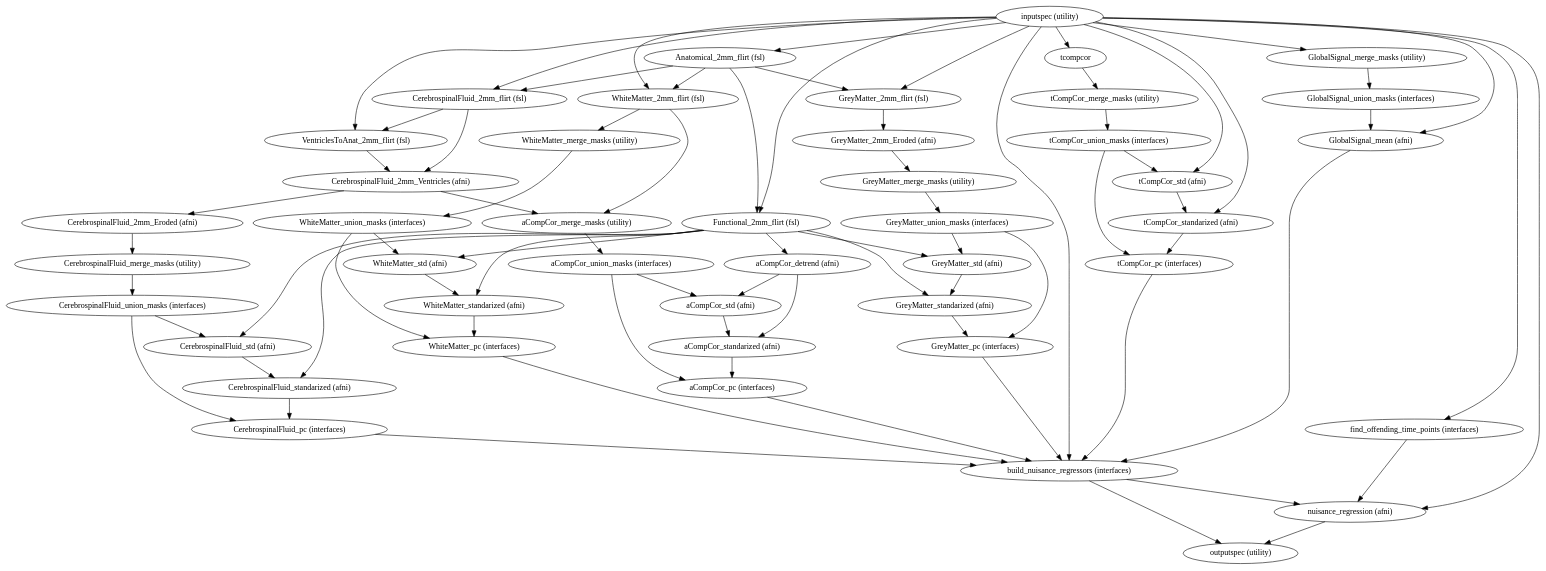
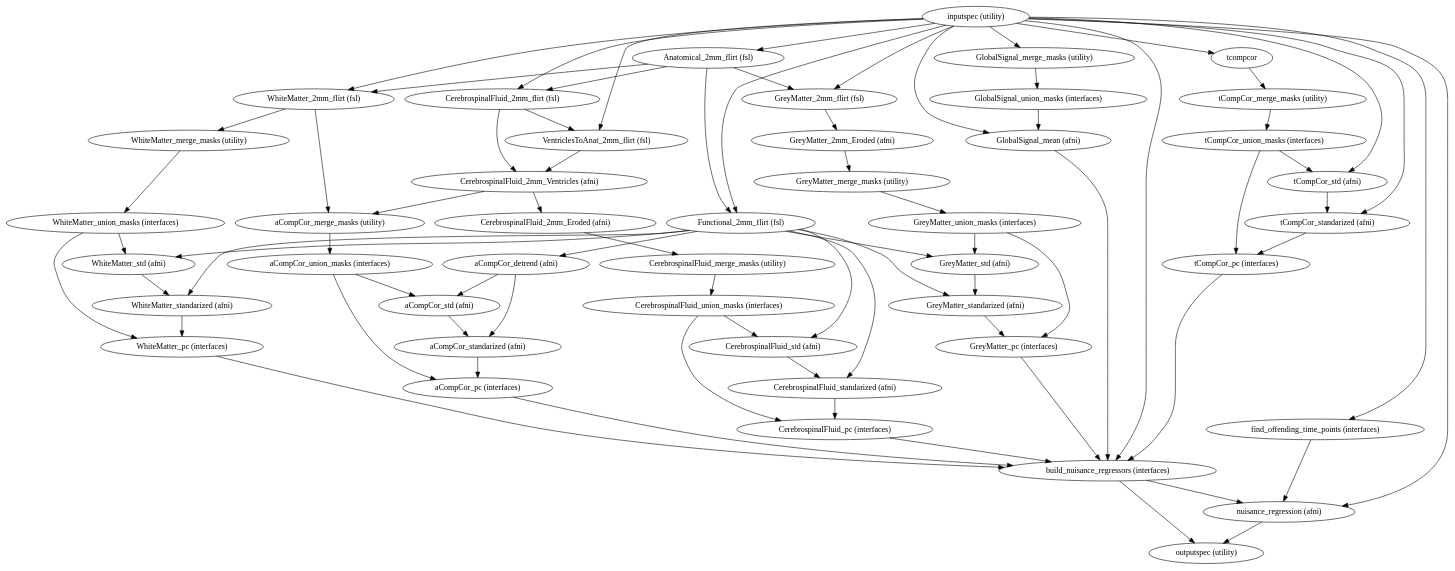
One commit to FCP-INDI/fcp-indi.github.io changed the diagram in docs/developer/workflows/images/generated/nuisance.dot. Above: the diagram before and after it, drawn with Graphviz. The commit also changed other lines of this file and 11 other files, not shown here.

```diff
--- a/docs/developer/workflows/images/generated/nuisance.dot
+++ b/docs/developer/workflows/images/generated/nuisance.dot
@@ -1,121 +1,121 @@
 strict digraph "" {
 "GlobalSignal_union_masks (interfaces)";
 "tCompCor_merge_masks (utility)";
 "CerebrospinalFluid_pc (interfaces)";
 "CerebrospinalFluid_2mm_Eroded (afni)";
 "Anatomical_2mm_flirt (fsl)";
 "inputspec (utility)";
-"GreyMatter_pc (interfaces)";
 "GreyMatter_standarized (afni)";
 "aCompCor_detrend (afni)";
 "aCompCor_union_masks (interfaces)";
 "tCompCor_std (afni)";
+"GreyMatter_pc (interfaces)";
 "GreyMatter_union_masks (interfaces)";
 "WhiteMatter_standarized (afni)";
 "CerebrospinalFluid_std (afni)";
 "WhiteMatter_pc (interfaces)";
 "CerebrospinalFluid_union_masks (interfaces)";
 "aCompCor_merge_masks (utility)";
-"GreyMatter_2mm_flirt (fsl)";
+"aCompCor_standarized (afni)";
 "GlobalSignal_mean (afni)";
 tcompcor;
 "GreyMatter_2mm_Eroded (afni)";
 "CerebrospinalFluid_2mm_flirt (fsl)";
 "aCompCor_pc (interfaces)";
+"GreyMatter_2mm_flirt (fsl)";
 "WhiteMatter_2mm_flirt (fsl)";
 "tCompCor_standarized (afni)";
 "CerebrospinalFluid_merge_masks (utility)";
 "CerebrospinalFluid_standarized (afni)";
 "tCompCor_union_masks (interfaces)";
 "GreyMatter_std (afni)";
 "VentriclesToAnat_2mm_flirt (fsl)";
 "aCompCor_std (afni)";
 "WhiteMatter_merge_masks (utility)";
 "find_offending_time_points (interfaces)";
 "GlobalSignal_merge_masks (utility)";
 "nuisance_regression (afni)";
 "GreyMatter_merge_masks (utility)";
 "CerebrospinalFluid_2mm_Ventricles (afni)";
 "build_nuisance_regressors (interfaces)";
 "outputspec (utility)";
 "WhiteMatter_union_masks (interfaces)";
 "WhiteMatter_std (afni)";
 "Functional_2mm_flirt (fsl)";
 "tCompCor_pc (interfaces)";
-"aCompCor_standarized (afni)";
 "GlobalSignal_union_masks (interfaces)" -> "GlobalSignal_mean (afni)";
 "tCompCor_merge_masks (utility)" -> "tCompCor_union_masks (interfaces)";
 "CerebrospinalFluid_pc (interfaces)" -> "build_nuisance_regressors (interfaces)";
 "CerebrospinalFluid_2mm_Eroded (afni)" -> "CerebrospinalFluid_merge_masks (utility)";
 "Anatomical_2mm_flirt (fsl)" -> "Functional_2mm_flirt (fsl)";
 "Anatomical_2mm_flirt (fsl)" -> "CerebrospinalFluid_2mm_flirt (fsl)";
 "Anatomical_2mm_flirt (fsl)" -> "GreyMatter_2mm_flirt (fsl)";
 "Anatomical_2mm_flirt (fsl)" -> "WhiteMatter_2mm_flirt (fsl)";
 "inputspec (utility)" -> "nuisance_regression (afni)";
 "inputspec (utility)" -> "GlobalSignal_merge_masks (utility)";
 "inputspec (utility)" -> "WhiteMatter_2mm_flirt (fsl)";
 "inputspec (utility)" -> "tCompCor_standarized (afni)";
 "inputspec (utility)" -> tcompcor;
 "inputspec (utility)" -> "Anatomical_2mm_flirt (fsl)";
 "inputspec (utility)" -> "Functional_2mm_flirt (fsl)";
 "inputspec (utility)" -> "GreyMatter_2mm_flirt (fsl)";
 "inputspec (utility)" -> "GlobalSignal_mean (afni)";
 "inputspec (utility)" -> "VentriclesToAnat_2mm_flirt (fsl)";
 "inputspec (utility)" -> "CerebrospinalFluid_2mm_flirt (fsl)";
 "inputspec (utility)" -> "build_nuisance_regressors (interfaces)";
 "inputspec (utility)" -> "find_offending_time_points (interfaces)";
 "inputspec (utility)" -> "tCompCor_std (afni)";
-"GreyMatter_pc (interfaces)" -> "build_nuisance_regressors (interfaces)";
 "GreyMatter_standarized (afni)" -> "GreyMatter_pc (interfaces)";
 "aCompCor_detrend (afni)" -> "aCompCor_std (afni)";
 "aCompCor_detrend (afni)" -> "aCompCor_standarized (afni)";
 "aCompCor_union_masks (interfaces)" -> "aCompCor_std (afni)";
 "aCompCor_union_masks (interfaces)" -> "aCompCor_pc (interfaces)";
 "tCompCor_std (afni)" -> "tCompCor_standarized (afni)";
+"GreyMatter_pc (interfaces)" -> "build_nuisance_regressors (interfaces)";
 "GreyMatter_union_masks (interfaces)" -> "GreyMatter_pc (interfaces)";
 "GreyMatter_union_masks (interfaces)" -> "GreyMatter_std (afni)";
 "WhiteMatter_standarized (afni)" -> "WhiteMatter_pc (interfaces)";
 "CerebrospinalFluid_std (afni)" -> "CerebrospinalFluid_standarized (afni)";
 "WhiteMatter_pc (interfaces)" -> "build_nuisance_regressors (interfaces)";
 "CerebrospinalFluid_union_masks (interfaces)" -> "CerebrospinalFluid_pc (interfaces)";
 "CerebrospinalFluid_union_masks (interfaces)" -> "CerebrospinalFluid_std (afni)";
 "aCompCor_merge_masks (utility)" -> "aCompCor_union_masks (interfaces)";
-"GreyMatter_2mm_flirt (fsl)" -> "GreyMatter_2mm_Eroded (afni)";
+"aCompCor_standarized (afni)" -> "aCompCor_pc (interfaces)";
 "GlobalSignal_mean (afni)" -> "build_nuisance_regressors (interfaces)";
 tcompcor -> "tCompCor_merge_masks (utility)";
 "GreyMatter_2mm_Eroded (afni)" -> "GreyMatter_merge_masks (utility)";
 "CerebrospinalFluid_2mm_flirt (fsl)" -> "CerebrospinalFluid_2mm_Ventricles (afni)";
 "CerebrospinalFluid_2mm_flirt (fsl)" -> "VentriclesToAnat_2mm_flirt (fsl)";
 "aCompCor_pc (interfaces)" -> "build_nuisance_regressors (interfaces)";
+"GreyMatter_2mm_flirt (fsl)" -> "GreyMatter_2mm_Eroded (afni)";
 "WhiteMatter_2mm_flirt (fsl)" -> "WhiteMatter_merge_masks (utility)";
 "WhiteMatter_2mm_flirt (fsl)" -> "aCompCor_merge_masks (utility)";
 "tCompCor_standarized (afni)" -> "tCompCor_pc (interfaces)";
 "CerebrospinalFluid_merge_masks (utility)" -> "CerebrospinalFluid_union_masks (interfaces)";
 "CerebrospinalFluid_standarized (afni)" -> "CerebrospinalFluid_pc (interfaces)";
 "tCompCor_union_masks (interfaces)" -> "tCompCor_pc (interfaces)";
 "tCompCor_union_masks (interfaces)" -> "tCompCor_std (afni)";
 "GreyMatter_std (afni)" -> "GreyMatter_standarized (afni)";
 "VentriclesToAnat_2mm_flirt (fsl)" -> "CerebrospinalFluid_2mm_Ventricles (afni)";
 "aCompCor_std (afni)" -> "aCompCor_standarized (afni)";
 "WhiteMatter_merge_masks (utility)" -> "WhiteMatter_union_masks (interfaces)";
 "find_offending_time_points (interfaces)" -> "nuisance_regression (afni)";
 "GlobalSignal_merge_masks (utility)" -> "GlobalSignal_union_masks (interfaces)";
 "nuisance_regression (afni)" -> "outputspec (utility)";
 "GreyMatter_merge_masks (utility)" -> "GreyMatter_union_masks (interfaces)";
 "CerebrospinalFluid_2mm_Ventricles (afni)" -> "aCompCor_merge_masks (utility)";
 "CerebrospinalFluid_2mm_Ventricles (afni)" -> "CerebrospinalFluid_2mm_Eroded (afni)";
 "build_nuisance_regressors (interfaces)" -> "nuisance_regression (afni)";
 "build_nuisance_regressors (interfaces)" -> "outputspec (utility)";
 "WhiteMatter_union_masks (interfaces)" -> "WhiteMatter_pc (interfaces)";
 "WhiteMatter_union_masks (interfaces)" -> "WhiteMatter_std (afni)";
 "WhiteMatter_std (afni)" -> "WhiteMatter_standarized (afni)";
+"Functional_2mm_flirt (fsl)" -> "GreyMatter_std (afni)";
+"Functional_2mm_flirt (fsl)" -> "WhiteMatter_standarized (afni)";
+"Functional_2mm_flirt (fsl)" -> "CerebrospinalFluid_std (afni)";
+"Functional_2mm_flirt (fsl)" -> "WhiteMatter_std (afni)";
+"Functional_2mm_flirt (fsl)" -> "CerebrospinalFluid_standarized (afni)";
 "Functional_2mm_flirt (fsl)" -> "GreyMatter_standarized (afni)";
-"Functional_2mm_flirt (fsl)" -> "WhiteMatter_standarized (afni)";
-"Functional_2mm_flirt (fsl)" -> "CerebrospinalFluid_standarized (afni)";
-"Functional_2mm_flirt (fsl)" -> "CerebrospinalFluid_std (afni)";
-"Functional_2mm_flirt (fsl)" -> "GreyMatter_std (afni)";
-"Functional_2mm_flirt (fsl)" -> "WhiteMatter_std (afni)";
 "Functional_2mm_flirt (fsl)" -> "aCompCor_detrend (afni)";
 "tCompCor_pc (interfaces)" -> "build_nuisance_regressors (interfaces)";
-"aCompCor_standarized (afni)" -> "aCompCor_pc (interfaces)";
 }
```
